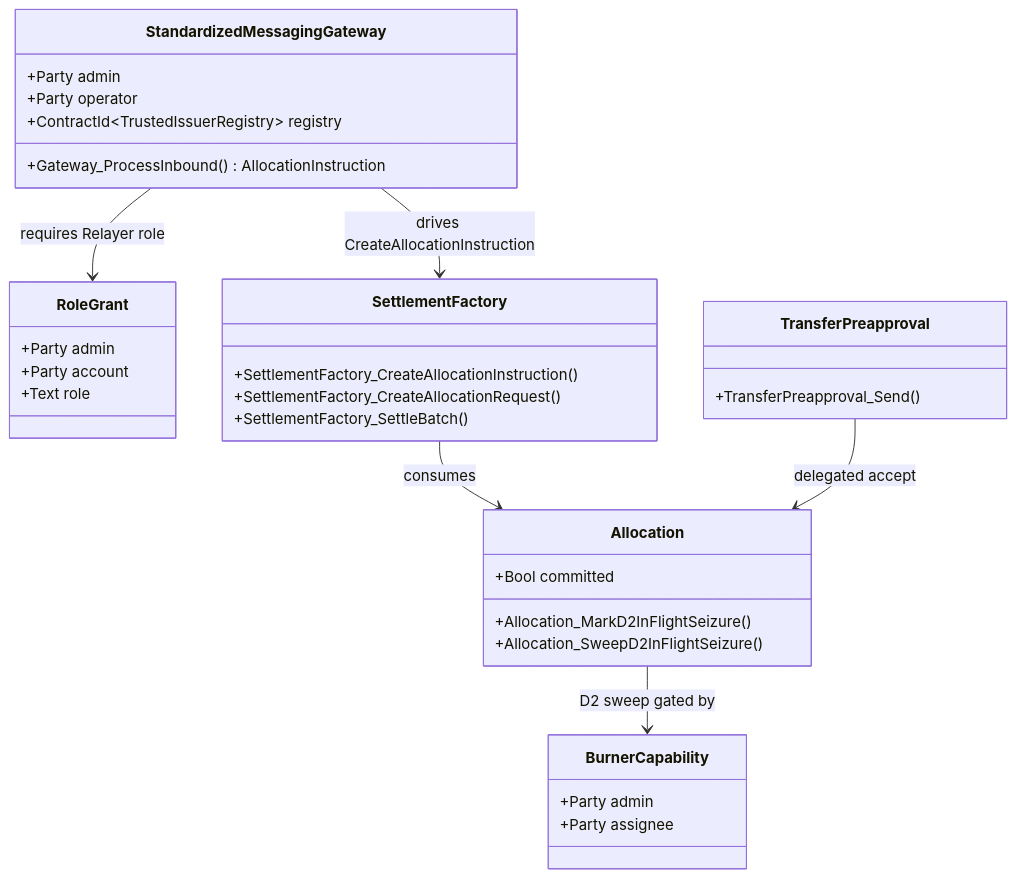
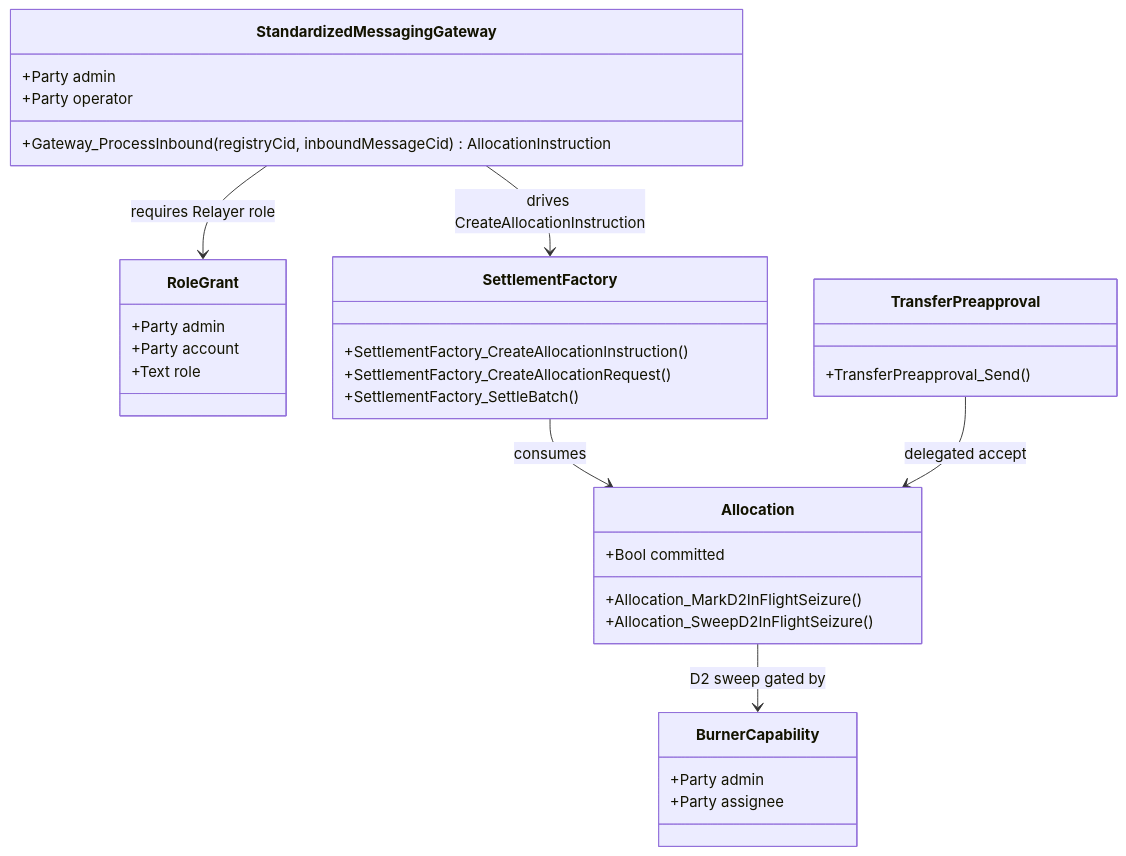
Before and after one commit to OpenZeppelin/canton-specs: the first of 2 diagrams in docs/ri-reports/03-cross-chain-stablecoin.md, drawn with Mermaid. The commit also changed other lines of this file and 4 other files, not shown here.

````diff
--- a/docs/ri-reports/03-cross-chain-stablecoin.md
+++ b/docs/ri-reports/03-cross-chain-stablecoin.md
@@ -439,37 +483,36 @@
 ```mermaid
 classDiagram
     class StandardizedMessagingGateway {
         +Party admin
         +Party operator
-        +ContractId~TrustedIssuerRegistry~ registry
-        +Gateway_ProcessInbound() AllocationInstruction
+        +Gateway_ProcessInbound(registryCid, inboundMessageCid) AllocationInstruction
     }
     class RoleGrant {
         +Party admin
         +Party account
         +Text role
     }
     class SettlementFactory {
         +SettlementFactory_CreateAllocationInstruction()
         +SettlementFactory_CreateAllocationRequest()
         +SettlementFactory_SettleBatch()
     }
     class Allocation {
         +Bool committed
         +Allocation_MarkD2InFlightSeizure()
         +Allocation_SweepD2InFlightSeizure()
     }
     class BurnerCapability {
         +Party admin
         +Party assignee
     }
     class TransferPreapproval {
         +TransferPreapproval_Send()
     }
 
     StandardizedMessagingGateway --> RoleGrant : requires Relayer role
     StandardizedMessagingGateway --> SettlementFactory : drives CreateAllocationInstruction
     SettlementFactory --> Allocation : consumes
     TransferPreapproval --> Allocation : delegated accept
     Allocation --> BurnerCapability : D2 sweep gated by
 ```
````
